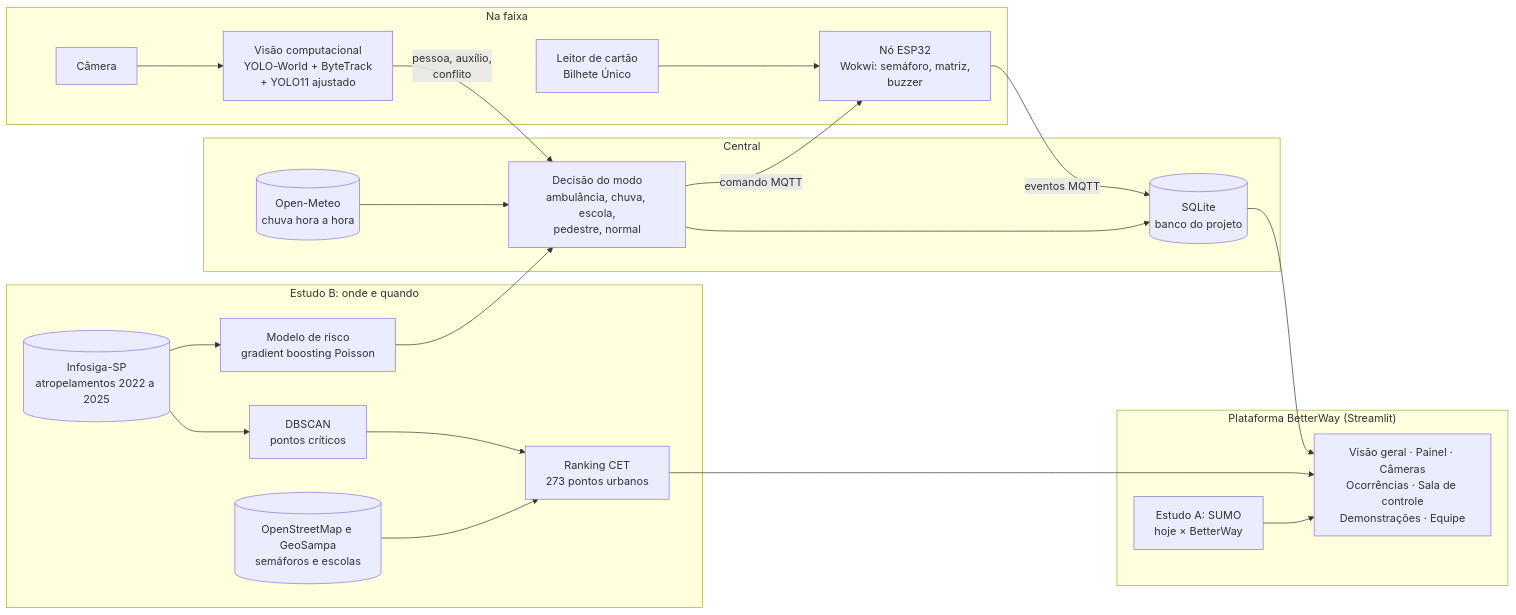
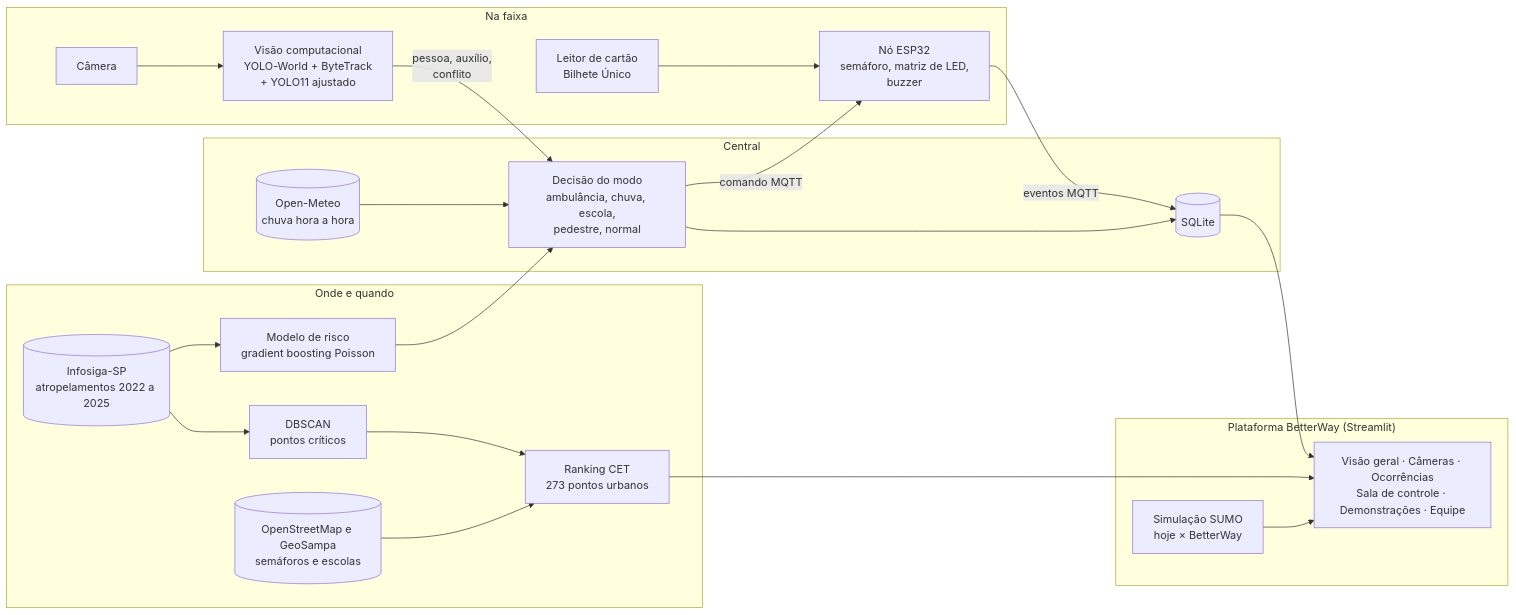
Before and after one commit to tamiresvferreira/betterway: the diagram in README.md, drawn with Mermaid. The commit also changed other lines of this file and 331 other files, not shown here.

First line of the commit message:
Portfólio: projeto BetterWay na raiz do repositório

````diff
--- a/README.md
+++ b/README.md
@@ -58,28 +101,28 @@
 ```mermaid
 flowchart LR
-    subgraph Dados["Estudo B: onde e quando"]
+    subgraph Dados["Onde e quando"]
         INF[(Infosiga-SP<br/>atropelamentos 2022 a 2025)] --> DB1[DBSCAN<br/>pontos críticos]
         DB1 --> RK[Ranking CET<br/>273 pontos urbanos]
         INF --> MR[Modelo de risco<br/>gradient boosting Poisson]
         OSM[(OpenStreetMap e GeoSampa<br/>semáforos e escolas)] --> RK
     end
     subgraph Rua["Na faixa"]
         CAM[Câmera] --> VIS[Visão computacional<br/>YOLO-World + ByteTrack<br/>+ YOLO11 ajustado]
         CART[Leitor de cartão<br/>Bilhete Único] --> NO
-        NO[Nó ESP32<br/>Wokwi: semáforo, matriz,<br/>buzzer]
+        NO[Nó ESP32<br/>semáforo, matriz de LED,<br/>buzzer]
     end
     subgraph Central["Central"]
         DEC[Decisão do modo<br/>ambulância, chuva, escola,<br/>pedestre, normal]
         CHUVA[(Open-Meteo<br/>chuva hora a hora)] --> DEC
         MR --> DEC
         VIS -->|pessoa, auxílio,<br/>conflito| DEC
         DEC -->|comando MQTT| NO
         NO -->|eventos MQTT| BANCO
-        DEC --> BANCO[(SQLite<br/>banco do projeto)]
+        DEC --> BANCO[(SQLite)]
     end
     subgraph Plataforma["Plataforma BetterWay (Streamlit)"]
-        BANCO --> APP[Visão geral · Painel · Câmeras<br/>Ocorrências · Sala de controle<br/>Demonstrações · Equipe]
+        BANCO --> APP[Visão geral · Câmeras · Ocorrências<br/>Sala de controle · Demonstrações · Equipe]
         RK --> APP
-        SIM[Estudo A: SUMO<br/>hoje × BetterWay] --> APP
+        SIM[Simulação SUMO<br/>hoje × BetterWay] --> APP
     end
 ```
````
